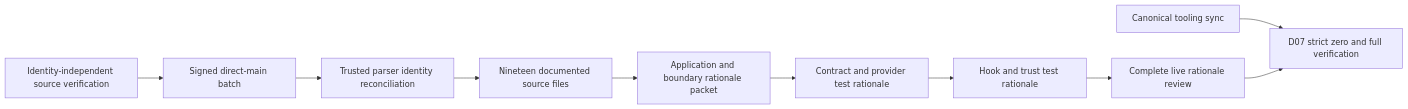
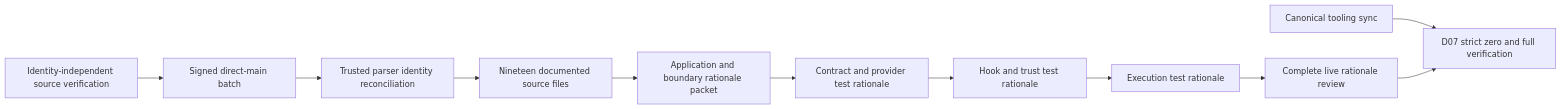
Before and after one commit to Resnovas/Eventiva: the fourth of 8 diagrams in docs/planning/timeline.md, drawn with Mermaid. The commit also changed other lines of this file and 5 other files, not shown here.

First line of the commit message:
docs(runtime): explain execution test invariants

````diff
--- a/docs/planning/timeline.md
+++ b/docs/planning/timeline.md
@@ -401,12 +403,13 @@
 ```mermaid
 flowchart LR
     Safe[Identity-independent source verification] --> Ship[Signed direct-main batch]
     Ship --> Identity[Trusted parser identity reconciliation]
     Identity --> Blocked[Nineteen documented source files]
     Blocked --> AppTests[Application and boundary rationale packet]
     AppTests --> ProviderTests[Contract and provider test rationale]
     ProviderTests --> TrustTests[Hook and trust test rationale]
-    TrustTests --> Review[Complete live rationale review]
+    TrustTests --> ExecutionTests[Execution test rationale]
+    ExecutionTests --> Review[Complete live rationale review]
     House[Canonical tooling sync] --> Strict[D07 strict zero and full verification]
     Review --> Strict
 ```
````
